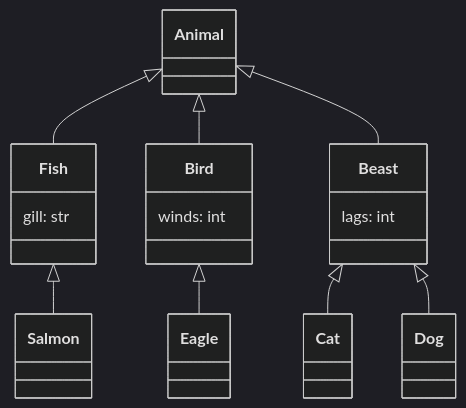
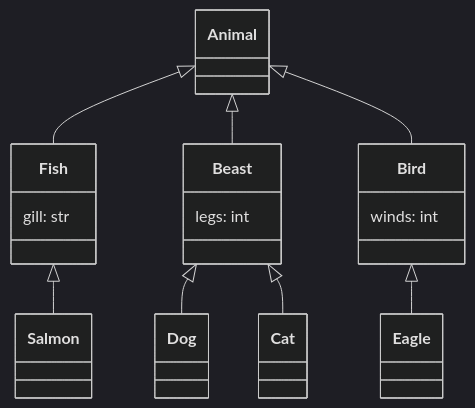
Before and after one commit to EricWebsmith/pydantic_mermaid: the diagram in examples/animals.md, drawn with Mermaid (dark theme). The commit also changed 26 other files, not shown here.

Commit message:
sync with pydantic-2-mermaid

````diff
--- a/examples/animals.md
+++ b/examples/animals.md
@@ -1,38 +1,38 @@
 ```mermaid
 classDiagram
     class Animal {
     }
 
     class Fish {
         gill: str
     }
 
     class Beast {
-        lags: int
+        legs: int
     }
 
     class Bird {
         winds: int
     }
 
     class Dog {
     }
 
     class Cat {
     }
 
     class Salmon {
     }
 
     class Eagle {
     }
 
 
     Animal <|-- Fish
+    Animal <|-- Beast
     Animal <|-- Bird
-    Animal <|-- Beast
+    Beast <|-- Dog
     Beast <|-- Cat
-    Beast <|-- Dog
     Fish <|-- Salmon
     Bird <|-- Eagle
 ```
````
